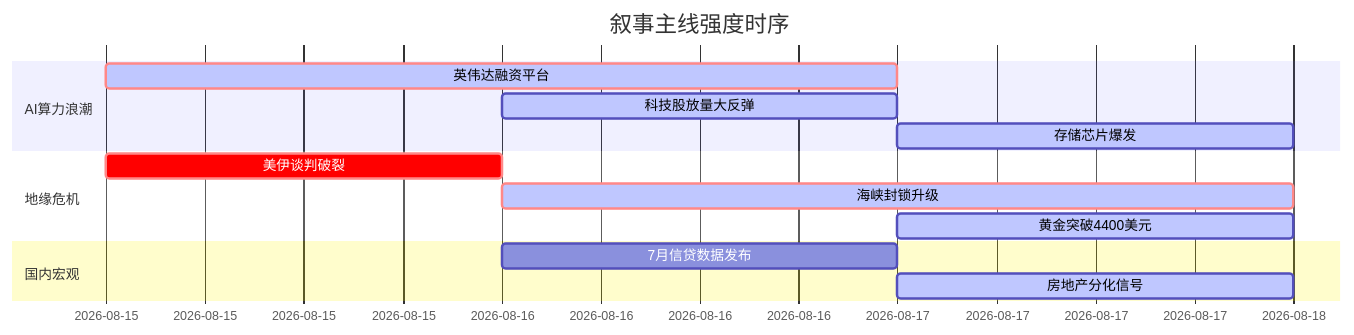
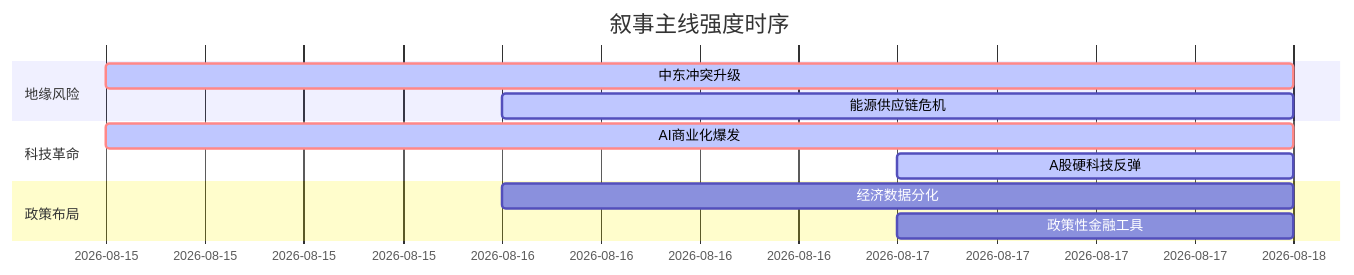
Before and after one commit to uu5zn/uu5zn.github.io: the diagram in 5day_report.md, drawn with Mermaid. The commit also changed other lines of this file and 24 other files, not shown here.

````diff
--- a/5day_report.md
+++ b/5day_report.md
@@ -58,18 +61,16 @@
 ```mermaid
 gantt
     title 叙事主线强度时序
     dateFormat YYYY-MM-DD
-    section AI算力浪潮
-    英伟达融资平台    :crit, active, 2026-08-15, 2d
-    科技股放量大反弹   :active, 2026-08-16, 1d
-    存储芯片爆发     :active, 2026-08-17, 1d
+    section 地缘风险
+    中东冲突升级   :crit, active, 2026-08-15, 3d
+    能源供应链危机   :active, 2026-08-16, 2d
     
-    section 地缘危机
-    美伊谈判破裂     :crit, 2026-08-15, 1d
-    海峡封锁升级     :crit, active, 2026-08-16, 2d
-    黄金突破4400美元  :active, 2026-08-17, 1d
+    section 科技革命
+    AI商业化爆发   :crit, active, 2026-08-15, 3d
+    A股硬科技反弹   :active, 2026-08-17, 1d
     
-    section 国内宏观
-    7月信贷数据发布   :2026-08-16, 1d
-    房地产分化信号   :active, 2026-08-17, 1d
+    section 政策布局
+    经济数据分化   :2026-08-16, 2d
+    政策性金融工具   :2026-08-17, 1d
 ```
````
